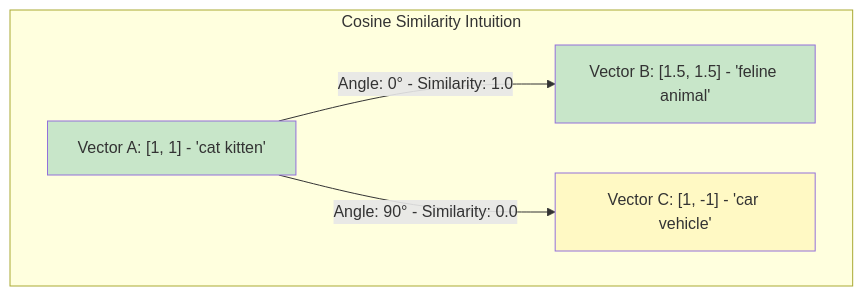
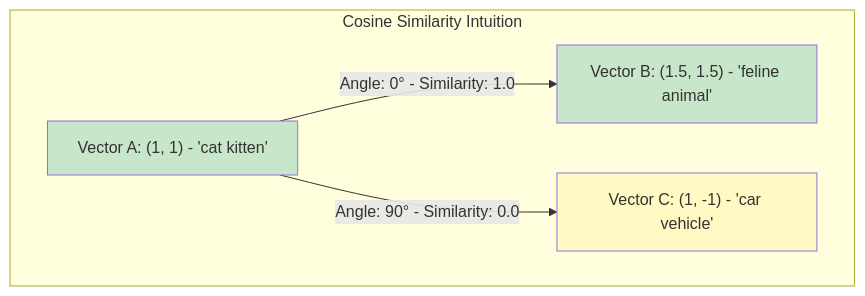
One commit to indhra/llm_rag_sec_findings changed the fourth of 9 diagrams in docs/learning/02-embeddings-vectors.md. Above: the diagram before and after it, drawn with Mermaid. The commit also changed other lines of this file and 9 other files, not shown here.

````diff
--- a/docs/learning/02-embeddings-vectors.md
+++ b/docs/learning/02-embeddings-vectors.md
@@ -133,15 +133,15 @@
 ```mermaid
 graph TD
     subgraph "Cosine Similarity Intuition"
-        V1["Vector A: [1, 1] - 'cat kitten'"] 
-        V2["Vector B: [1.5, 1.5] - 'feline animal'"]
-        V3["Vector C: [1, -1] - 'car vehicle'"]
+        V1["Vector A: (1, 1) - 'cat kitten'"] 
+        V2["Vector B: (1.5, 1.5) - 'feline animal'"]
+        V3["Vector C: (1, -1) - 'car vehicle'"]
         
         V1 -->|Angle: 0° - Similarity: 1.0| V2
         V1 -->|Angle: 90° - Similarity: 0.0| V3
     end
     
     style V1 fill:#c8e6c9
     style V2 fill:#c8e6c9
     style V3 fill:#fff9c4
 ```
````
